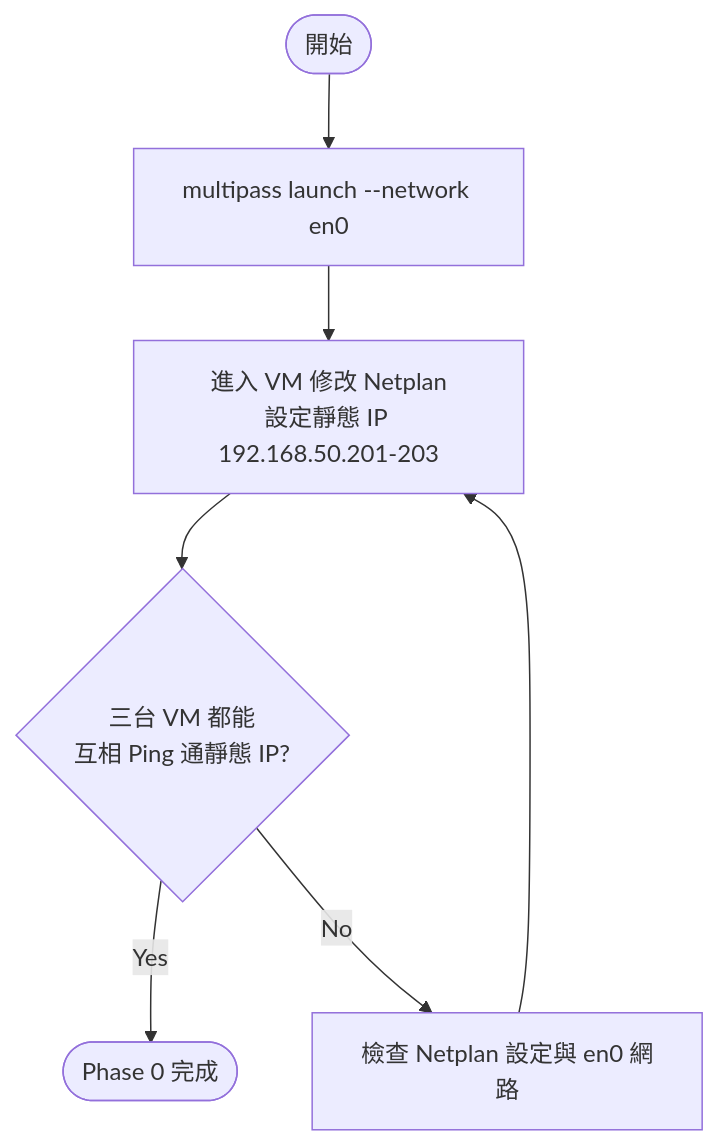
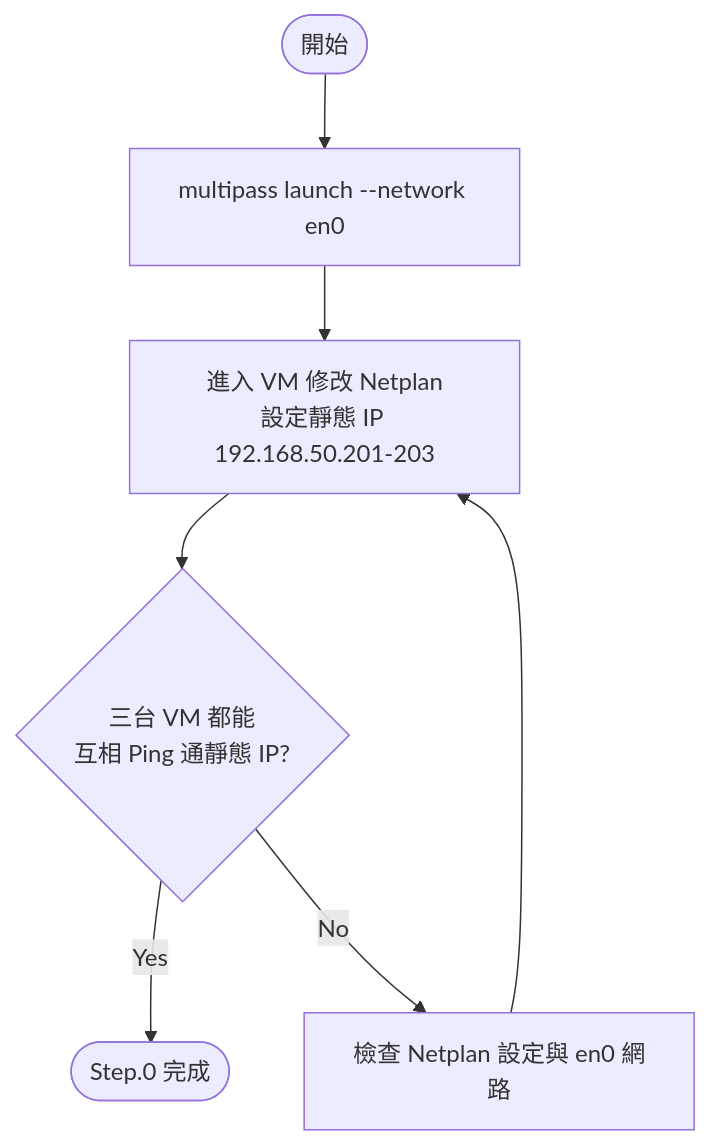
The second of 7 diagrams in kubernetes/3node-multipass/setup-flowchart.md (MansionLai/notebook), drawn with Mermaid before and after one commit. The commit also changed other lines of this file and 2 other files, not shown here.

Commit message:
docs: complete buildup.md steps and align all files to Step.0-6 sequence

````diff
--- a/kubernetes/3node-multipass/setup-flowchart.md
+++ b/kubernetes/3node-multipass/setup-flowchart.md
@@ -32,9 +33,9 @@
 ```mermaid
 flowchart TD
     S([開始]) --> V1[multipass launch --network en0]
     V1 --> V2[進入 VM 修改 Netplan\n設定靜態 IP 192.168.50.201-203]
     V2 --> CHK{三台 VM 都能\n互相 Ping 通靜態 IP?}
-    CHK -- Yes --> OK([Phase 0 完成])
+    CHK -- Yes --> OK([Step.0 完成])
     CHK -- No --> FIX[檢查 Netplan 設定與 en0 網路]
     FIX --> V2
 ```
````
